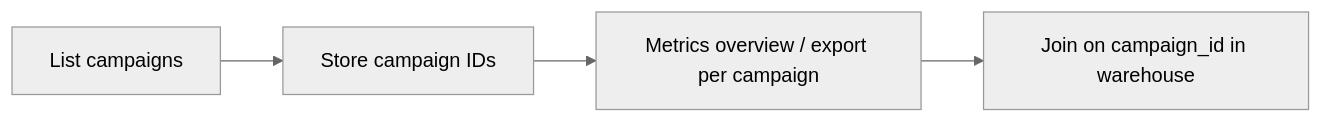
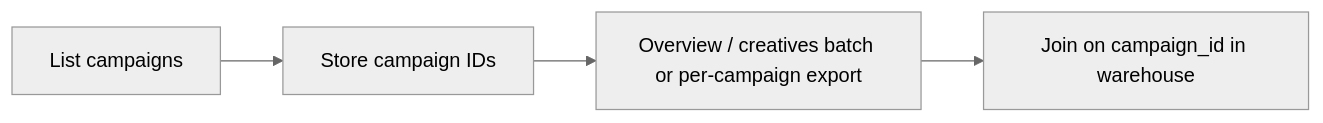
The diagram in syncing-campaigns.mdx (Fan-ID/docs), drawn with Mermaid (neutral theme) before and after one commit. The commit also changed other lines of this file and 6 other files, not shown here.

First line of the commit message:
docs: document campaign metrics and activity batch reads

````diff
--- a/syncing-campaigns.mdx
+++ b/syncing-campaigns.mdx
@@ -44,6 +44,6 @@
 ```mermaid
 flowchart LR
   A[List campaigns] --> B[Store campaign IDs]
-  B --> C[Metrics overview / export per campaign]
+  B --> C[Overview / creatives batch or per-campaign export]
   C --> D[Join on campaign_id in warehouse]
 ```
````
